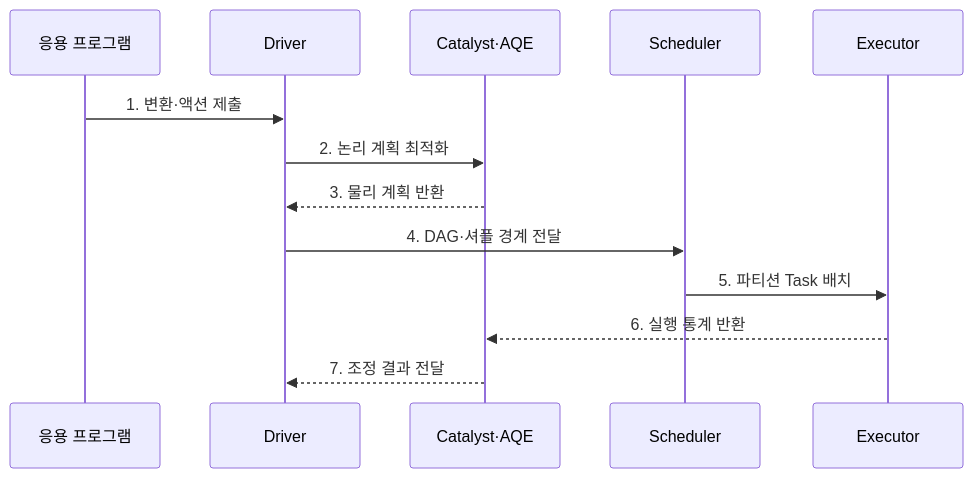
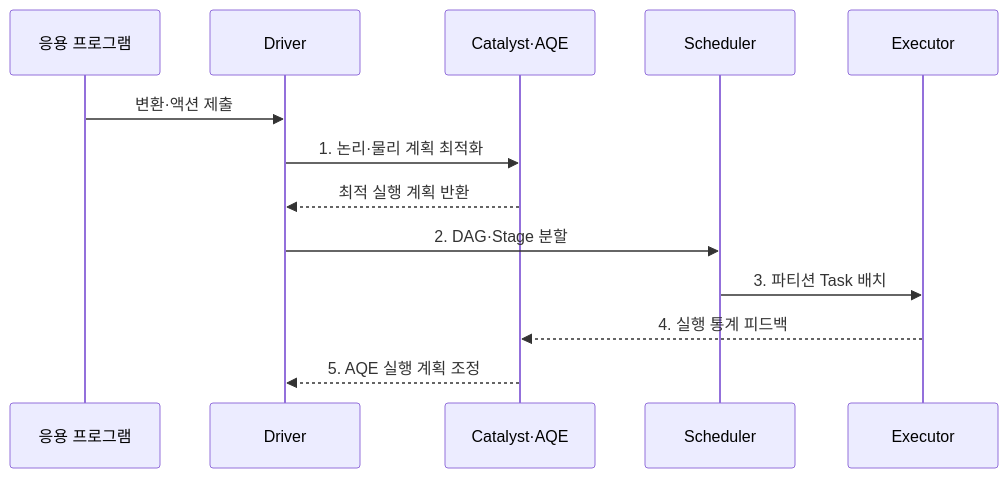
The second of 2 diagrams in src/content/docs/notes/03-software/117_apache_spark.md (agnusdei1207/knowledge-base), drawn with Mermaid before and after one commit. The commit also changed other lines of this file and 238 other files, not shown here.

````diff
--- a/src/content/docs/notes/03-software/117_apache_spark.md
+++ b/src/content/docs/notes/03-software/117_apache_spark.md
@@ -91,15 +91,15 @@
 ```mermaid
 sequenceDiagram
     participant U as 응용 프로그램
     participant D as Driver
     participant C as Catalyst·AQE
     participant S as Scheduler
     participant E as Executor
-    U->>D: 1. 변환·액션 제출
-    D->>C: 2. 논리 계획 최적화
-    C-->>D: 3. 물리 계획 반환
-    D->>S: 4. DAG·셔플 경계 전달
-    S->>E: 5. 파티션 Task 배치
-    E-->>C: 6. 실행 통계 반환
-    C-->>D: 7. 조정 결과 전달
+    U->>D: 변환·액션 제출
+    D->>C: 1. 논리·물리 계획 최적화
+    C-->>D: 최적 실행 계획 반환
+    D->>S: 2. DAG·Stage 분할
+    S->>E: 3. 파티션 Task 배치
+    E-->>C: 4. 실행 통계 피드백
+    C-->>D: 5. AQE 실행 계획 조정
 ```
````
